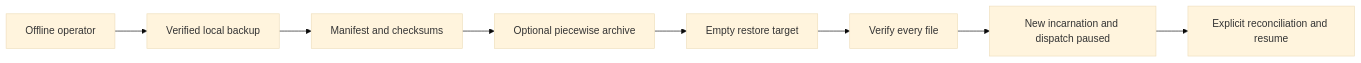
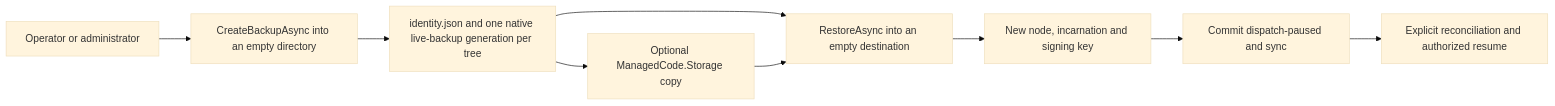
Before and after one commit to managedcode/KeyLoad: the first of 5 diagrams in docs/Features/BackupRestore.md, drawn with Mermaid (base theme). The commit also changed other lines of this file and 1072 other files, not shown here.

First line of the commit message:
Use native ZoneTree storage, snapshots and backup operations

````diff
--- a/docs/Features/BackupRestore.md
+++ b/docs/Features/BackupRestore.md
@@ -49,10 +53,11 @@
 ```mermaid
 flowchart LR
-    Admin[Offline operator] --> Store[Verified local backup]
-    Store --> Manifest[Manifest and checksums]
-    Manifest --> Archive[Optional piecewise archive]
-    Archive --> Clean[Empty restore target]
-    Clean --> Verify[Verify every file]
-    Verify --> Identity[New incarnation and dispatch paused]
-    Identity --> Resume[Explicit reconciliation and resume]
+    Admin[Operator or administrator] --> Backup[CreateBackupAsync into an empty directory]
+    Backup --> Files[identity.json and one native live-backup generation per tree]
+    Files --> Copy[Optional ManagedCode.Storage copy]
+    Files --> Restore[RestoreAsync into an empty destination]
+    Copy --> Restore
+    Restore --> Identity[New node, incarnation and signing key]
+    Identity --> Pause[Commit dispatch-paused and sync]
+    Pause --> Resume[Explicit reconciliation and authorized resume]
 ```
````
